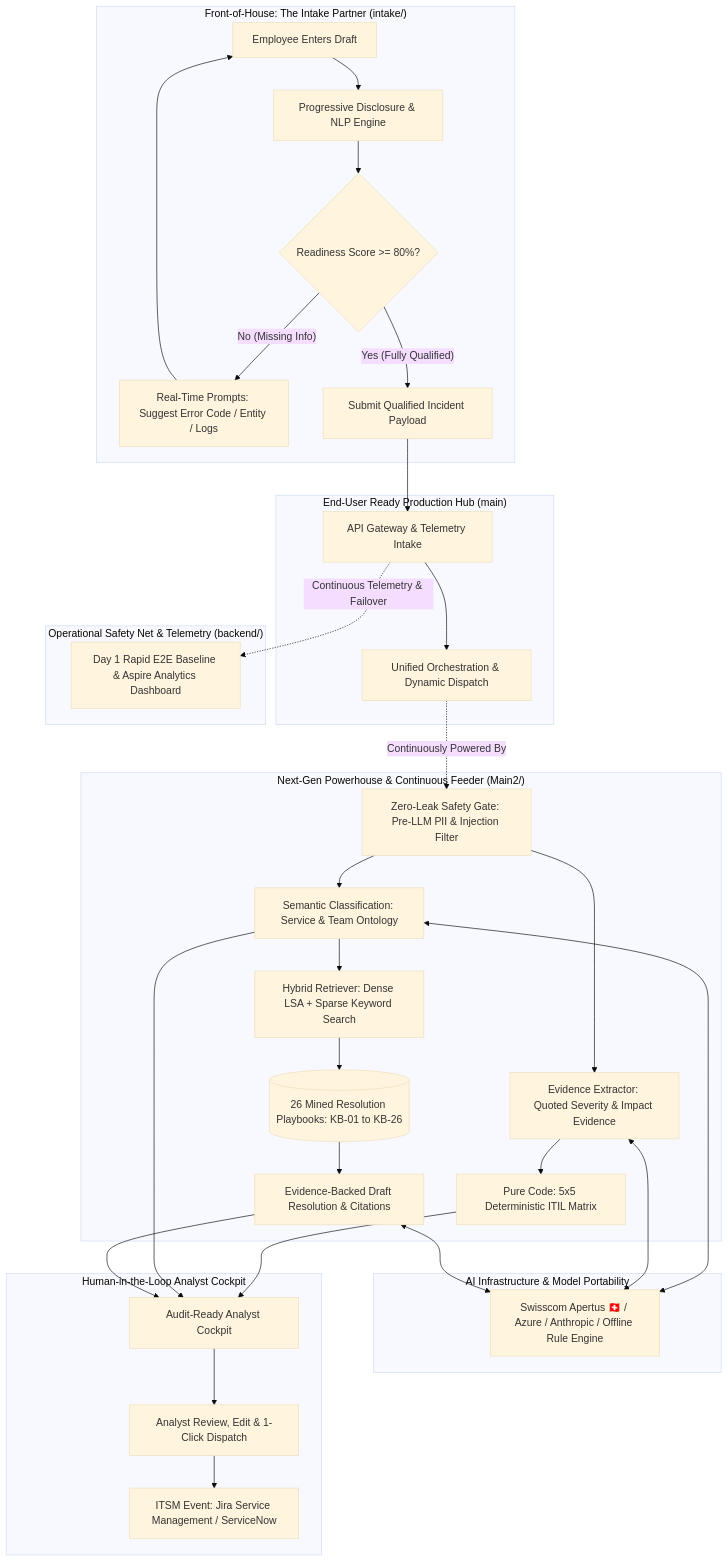
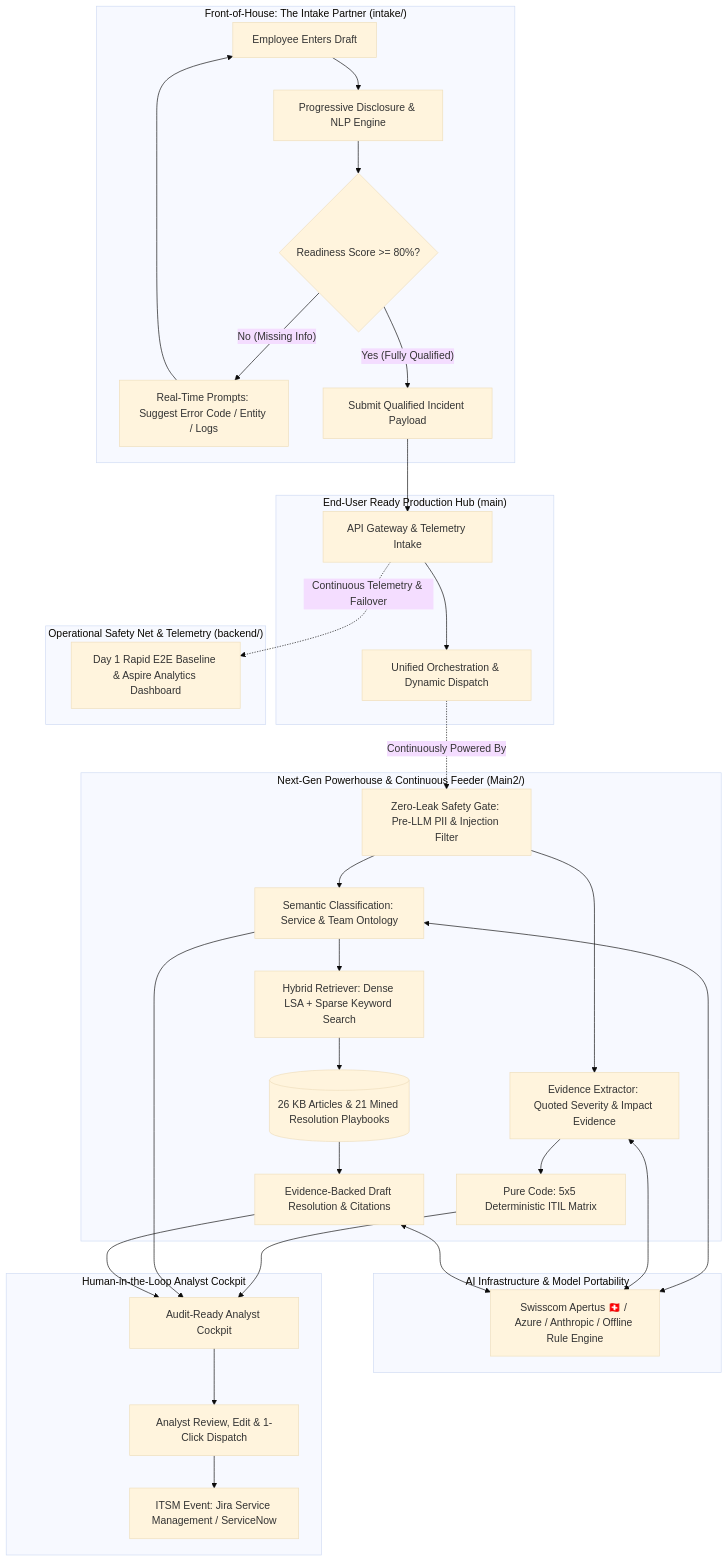
One commit to DaPres/SwissAiWeeks_Team_8 changed the diagram in README.md. Above: the diagram before and after it, drawn with Mermaid (base theme). The commit also changed other lines of this file, not shown here.

````diff
--- a/README.md
+++ b/README.md
@@ -45,44 +45,44 @@
 ```mermaid
 flowchart TD
     subgraph Requester ["Front-of-House: The Intake Partner (intake/)"]
         A[Employee Enters Draft] --> B[Progressive Disclosure & NLP Engine]
         B --> C{Readiness Score >= 80%?}
         C -- No (Missing Info) --> D[Real-Time Prompts: Suggest Error Code / Entity / Logs]
         D --> A
         C -- Yes (Fully Qualified) --> E[Submit Qualified Incident Payload]
     end
 
     subgraph ProductionApp ["End-User Ready Production Hub (main)"]
         E --> F[API Gateway & Telemetry Intake]
         F --> G[Unified Orchestration & Dynamic Dispatch]
     end
 
     subgraph NextGenEngine ["Next-Gen Powerhouse & Continuous Feeder (Main2/)"]
         G -. Continuously Powered By .-> H[Zero-Leak Safety Gate: Pre-LLM PII & Injection Filter]
         H --> I[Semantic Classification: Service & Team Ontology]
         H --> J[Evidence Extractor: Quoted Severity & Impact Evidence]
         J --> K[Pure Code: 5x5 Deterministic ITIL Matrix]
         I --> L[Hybrid Retriever: Dense LSA + Sparse Keyword Search]
-        L --> M[(26 Mined Resolution Playbooks: KB-01 to KB-26)]
+        L --> M[(26 KB Articles & 21 Mined Resolution Playbooks)]
         M --> N[Evidence-Backed Draft Resolution & Citations]
     end
 
     subgraph AI_Layer ["AI Infrastructure & Model Portability"]
         I & J & N <--> O[Swisscom Apertus 🇨🇭 / Azure / Anthropic / Offline Rule Engine]
     end
 
     subgraph Analyst ["Human-in-the-Loop Analyst Cockpit"]
         K & I & N --> P[Audit-Ready Analyst Cockpit]
         P --> Q[Analyst Review, Edit & 1-Click Dispatch]
         Q --> R[ITSM Event: Jira Service Management / ServiceNow]
     end
 
     subgraph FallbackStream ["Operational Safety Net & Telemetry (backend/)"]
         F -. Continuous Telemetry & Failover .-> S[Day 1 Rapid E2E Baseline & Aspire Analytics Dashboard]
     end
 
     classDef core fill:#2563eb,stroke:#1d4ed8,color:#fff
     classDef safety fill:#059669,stroke:#047857,color:#fff
     classDef triage fill:#7c3aed,stroke:#6d28d9,color:#fff
     classDef human fill:#d97706,stroke:#b45309,color:#fff
 ```
````
